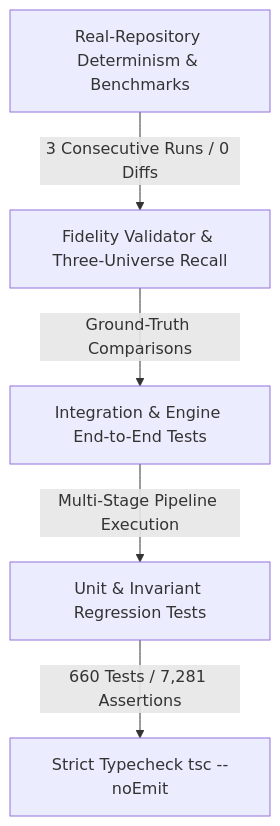
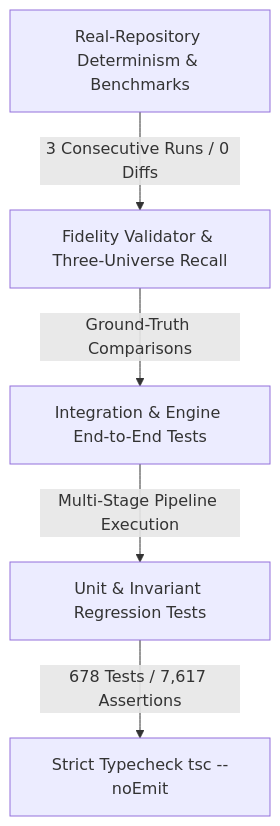
One commit to raitaskeen/LegacyExodus changed the diagram in docs/development/testing-strategy.md. Above: the diagram before and after it, drawn with Mermaid. The commit also changed other lines of this file, not shown here.

First line of the commit message:
docs: synchronize testing strategy baseline and domain runner architecture

````diff
--- a/docs/development/testing-strategy.md
+++ b/docs/development/testing-strategy.md
@@ -9,7 +9,7 @@
 ```mermaid
 flowchart TD
     A["Real-Repository Determinism & Benchmarks"] -->|3 Consecutive Runs / 0 Diffs| B["Fidelity Validator & Three-Universe Recall"]
     B -->|Ground-Truth Comparisons| C["Integration & Engine End-to-End Tests"]
     C -->|Multi-Stage Pipeline Execution| D["Unit & Invariant Regression Tests"]
-    D -->|660 Tests / 7,281 Assertions| E["Strict Typecheck tsc --noEmit"]
+    D -->|678 Tests / 7,617 Assertions| E["Strict Typecheck tsc --noEmit"]
 ```
````
